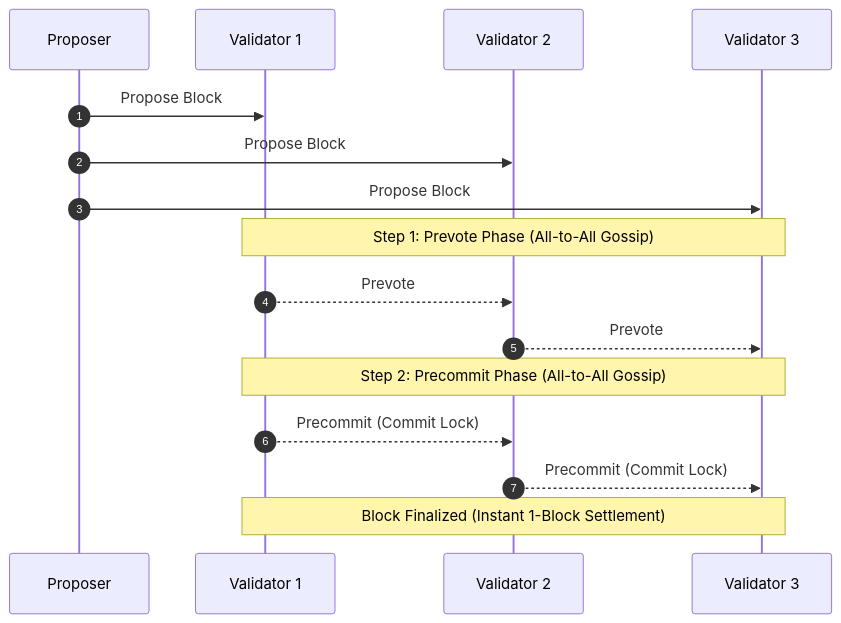
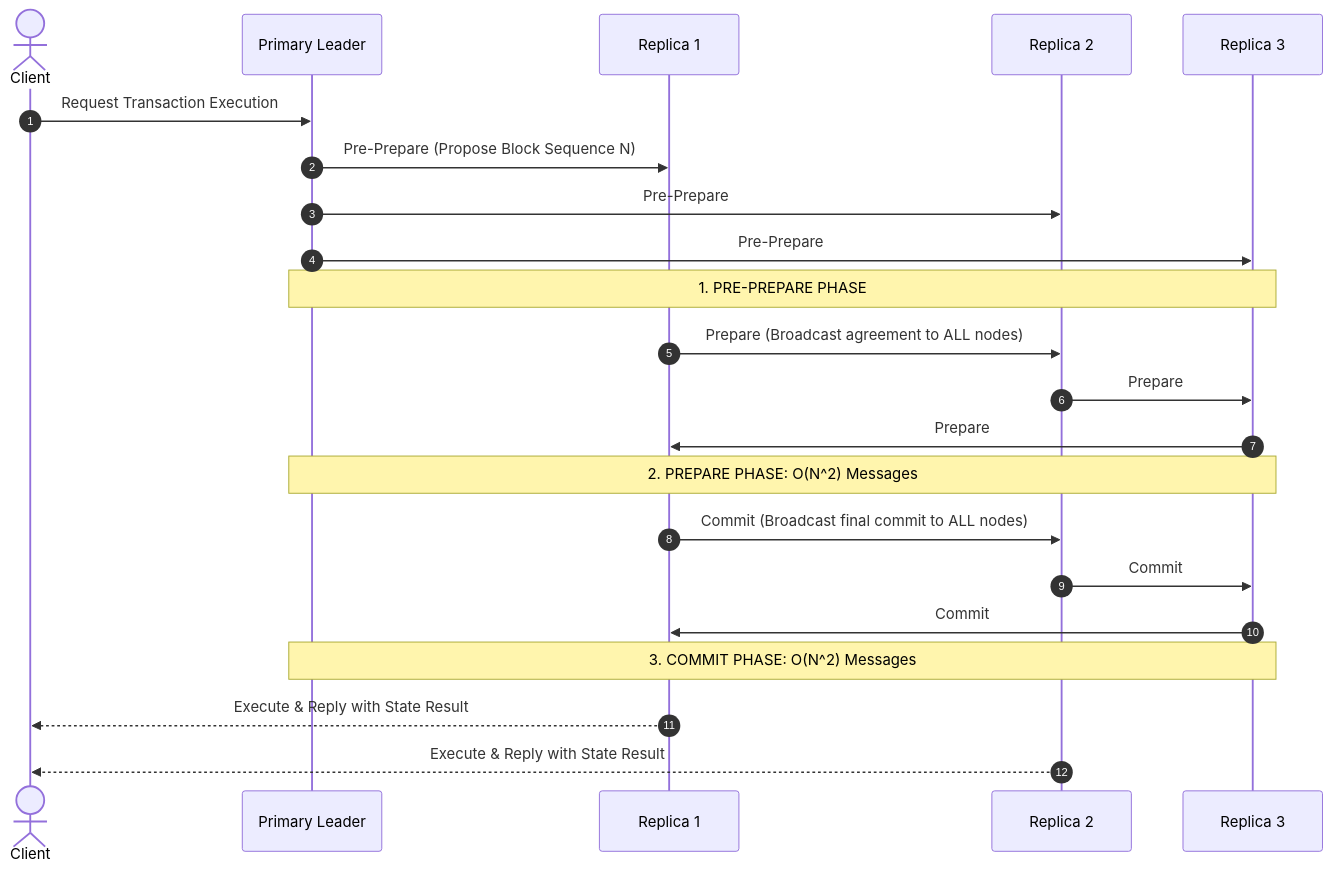
One commit to ub-society/modules changed the second of 4 diagrams in docs/learn/fundamentals/03-consensus-and-game-theory/04-alternative-and-hybrid-consensus-models.md. Above: the diagram before and after it, drawn with Mermaid. The commit also changed other lines of this file and 3 other files, not shown here.

````diff
--- a/docs/learn/fundamentals/03-consensus-and-game-theory/04-alternative-and-hybrid-consensus-models.md
+++ b/docs/learn/fundamentals/03-consensus-and-game-theory/04-alternative-and-hybrid-consensus-models.md
@@ -33,19 +55,25 @@
 ```mermaid
 sequenceDiagram
     autonumber
-    participant P as Proposer
-    participant V1 as Validator 1
-    participant V2 as Validator 2
-    participant V3 as Validator 3
+    actor Client
+    participant Leader as Primary Leader
+    participant R1 as Replica 1
+    participant R2 as Replica 2
+    participant R3 as Replica 3
 
-    P->>V1: Propose Block
-    P->>V2: Propose Block
-    P->>V3: Propose Block
-    Note over V1,V3: Step 1: Prevote Phase (All-to-All Gossip)
-    V1-->>V2: Prevote
-    V2-->>V3: Prevote
-    Note over V1,V3: Step 2: Precommit Phase (All-to-All Gossip)
-    V1-->>V2: Precommit (Commit Lock)
-    V2-->>V3: Precommit (Commit Lock)
-    Note over V1,V3: Block Finalized (Instant 1-Block Settlement)
+    Client->>Leader: Request Transaction Execution
+    Leader->>R1: Pre-Prepare (Propose Block Sequence N)
+    Leader->>R2: Pre-Prepare
+    Leader->>R3: Pre-Prepare
+    Note over Leader,R3: 1. PRE-PREPARE PHASE
+    R1->>R2: Prepare (Broadcast agreement to ALL nodes)
+    R2->>R3: Prepare
+    R3->>R1: Prepare
+    Note over Leader,R3: 2. PREPARE PHASE: O(N^2) Messages
+    R1->>R2: Commit (Broadcast final commit to ALL nodes)
+    R2->>R3: Commit
+    R3->>R1: Commit
+    Note over Leader,R3: 3. COMMIT PHASE: O(N^2) Messages
+    R1-->>Client: Execute & Reply with State Result
+    R2-->>Client: Execute & Reply with State Result
 ```
````
